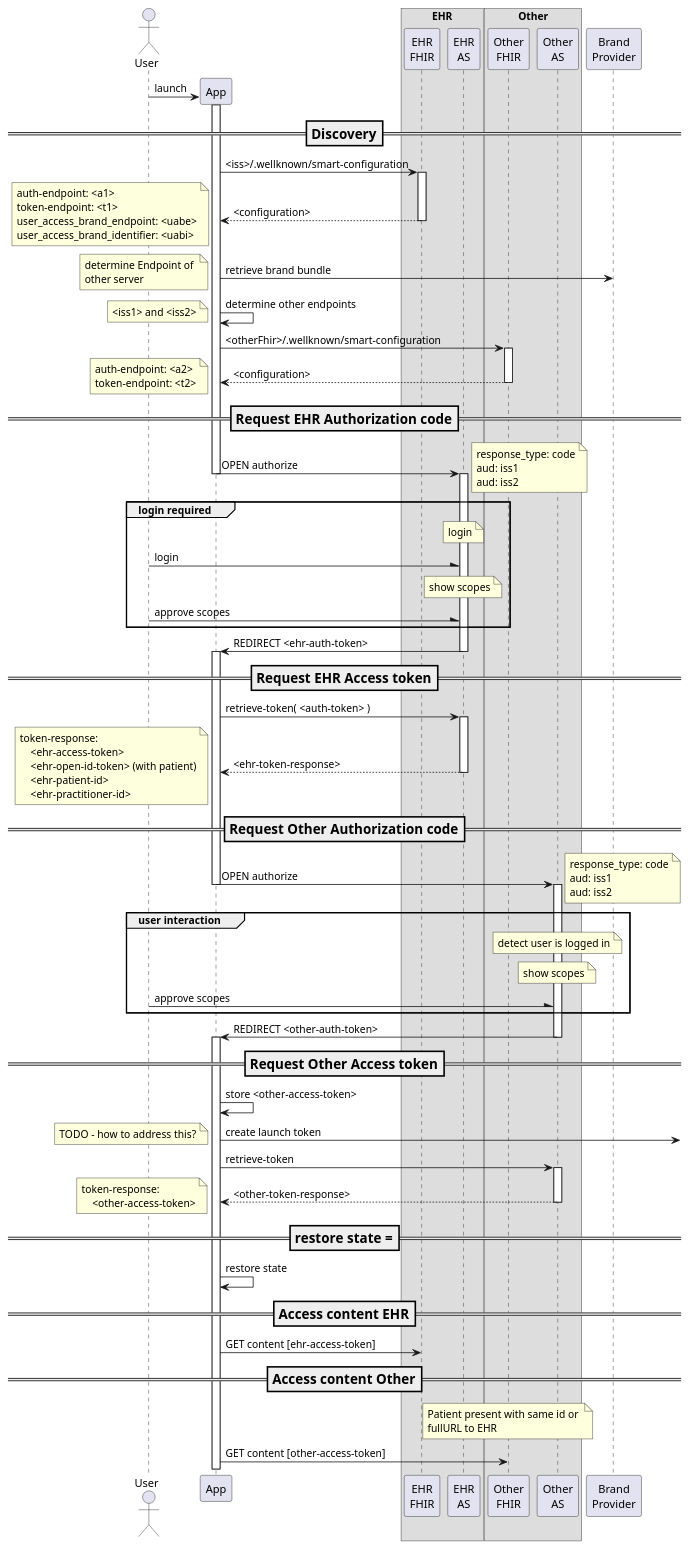
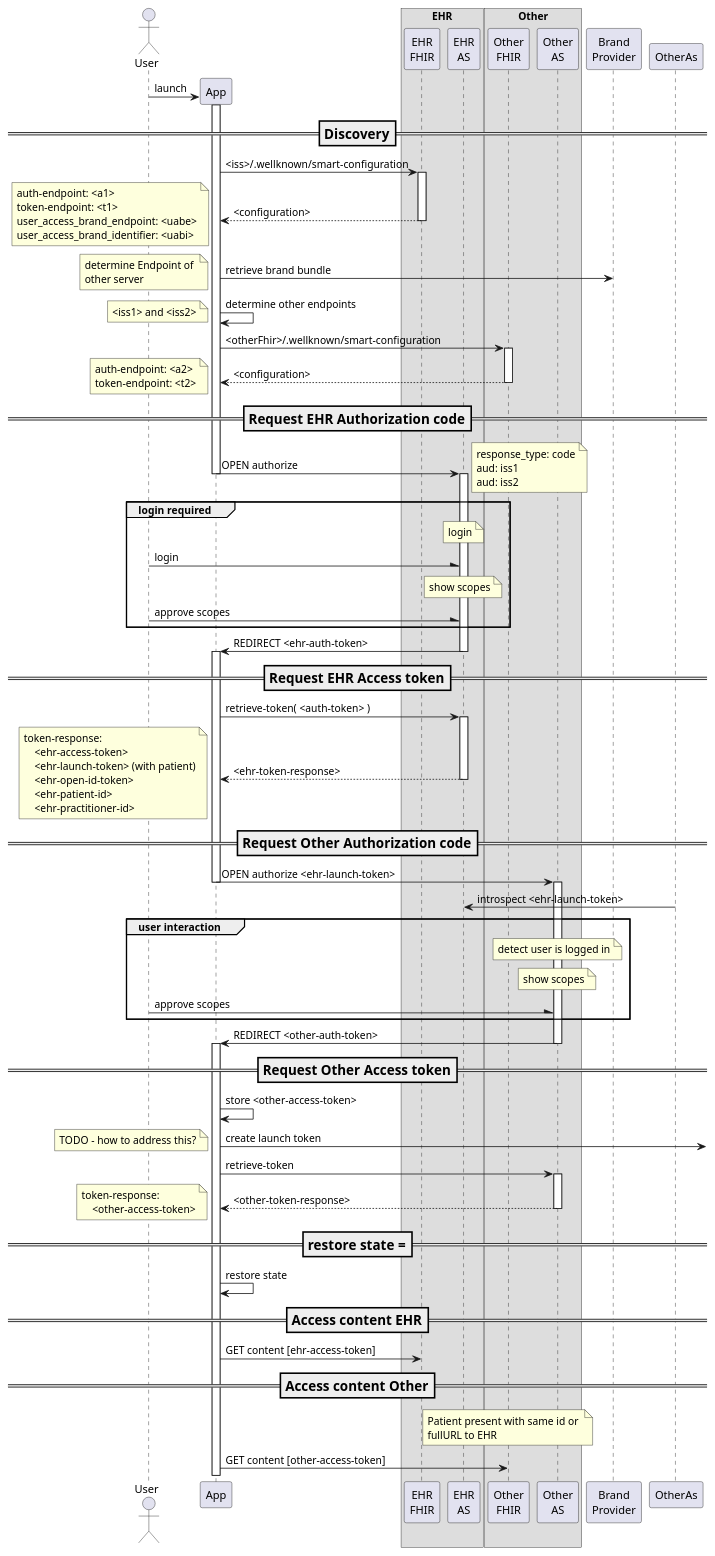
Before and after one commit to bvdh/argonaut-imaging: the diagram in input/images-source/solution-multiple-smart-launch.plantuml, drawn with PlantUML. The commit also changed 12 other files, not shown here.

```diff
--- a/input/images-source/solution-multiple-smart-launch.plantuml
+++ b/input/images-source/solution-multiple-smart-launch.plantuml
@@ -1,118 +1,118 @@
 @startuml
 
 actor User
 participant "App" as App
 box EHR
     participant  "EHR\nFHIR" as EhrFHIR
     participant  "EHR\nAS" as EhrAS
 end box
 box Other
     participant  "Other\nFHIR" as OtherFHIR
     participant  "Other\nAS" as OtherAS
 end box
 participant  "Brand\nProvider" as BrandProvider
 
 create App
 User -> App: launch
 activate App
 
 === Discovery ==
 App -> EhrFHIR ++: <iss>/.wellknown/smart-configuration
 App <-- EhrFHIR --: <configuration>
 note left
     auth-endpoint: <a1>
     token-endpoint: <t1>
     user_access_brand_endpoint: <uabe>
     user_access_brand_identifier: <uabi>
 end note
 App -> BrandProvider: retrieve brand bundle
 note left 
     determine Endpoint of 
     other server
 end note
 App -> App: determine other endpoints
 note left: <iss1> and <iss2>
 App -> OtherFHIR ++: <otherFhir>/.wellknown/smart-configuration
 App <-- OtherFHIR --: <configuration>
 note left
     auth-endpoint: <a2>
     token-endpoint: <t2>
 end note
 
 === Request EHR Authorization code ==
 
 EhrAS <- App --: OPEN authorize
     activate EhrAS
     note right
         response_type: code
         aud: iss1
         aud: iss2
     end note
     group login required
         note over EhrAS: login
         User -\ EhrAS: login
     
         note over EhrAS: show scopes
         User -\ EhrAS: approve scopes
 end
 App <- EhrAS --: REDIRECT <ehr-auth-token>
 activate App
 
 
 === Request EHR Access token ==
 App -> EhrAS ++: retrieve-token( <auth-token> )
 App <-- EhrAS --: <ehr-token-response>
 note left
     token-response:
         <ehr-access-token>
-        <ehr-open-id-token> (with patient)
+        <ehr-launch-token> (with patient)
+        <ehr-open-id-token> 
         <ehr-patient-id>
         <ehr-practitioner-id>
 end note
 
 === Request Other Authorization code ==
 
-OtherAS <- App --: OPEN authorize
+OtherAS <- App --: OPEN authorize <ehr-launch-token>
     activate OtherAS
-    note right
-        response_type: code
-        aud: iss1
-        aud: iss2
-    end note
+    
+    
+    OtherAs -> EhrAS: introspect <ehr-launch-token>
+    
     group user interaction
         note over OtherAS: detect user is logged in
         note over OtherAS: show scopes
         User -\ OtherAS: approve scopes
     end
 App <- OtherAS --: REDIRECT <other-auth-token>
 activate App
 
 === Request Other Access token ==
 
 App -> App: store <other-access-token> 
 App ->  : create launch token
 note left: TODO - how to address this?
 
 
 App -> OtherAS ++: retrieve-token
 App <-- OtherAS --: <other-token-response>
 note left
     token-response:
         <other-access-token>
 end note
 
 === restore state ===
 
 App -> App: restore state
 
 === Access content EHR ==
 App -> EhrFHIR: GET content [ehr-access-token]
 
 === Access content Other ==
 note over OtherFHIR
     Patient present with same id or 
     fullURL to EHR
 end note
 App -> OtherFHIR: GET content [other-access-token]
 
 @enduml
```
